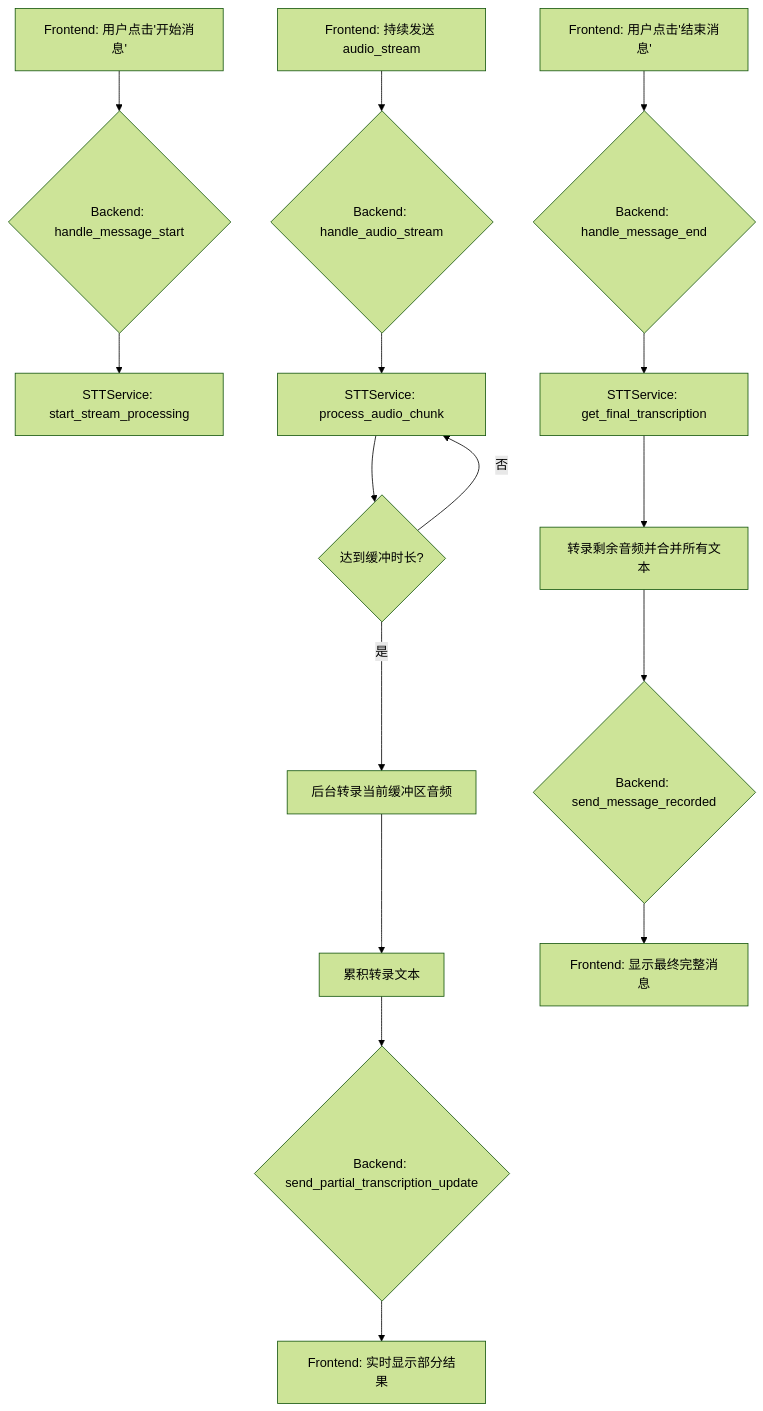
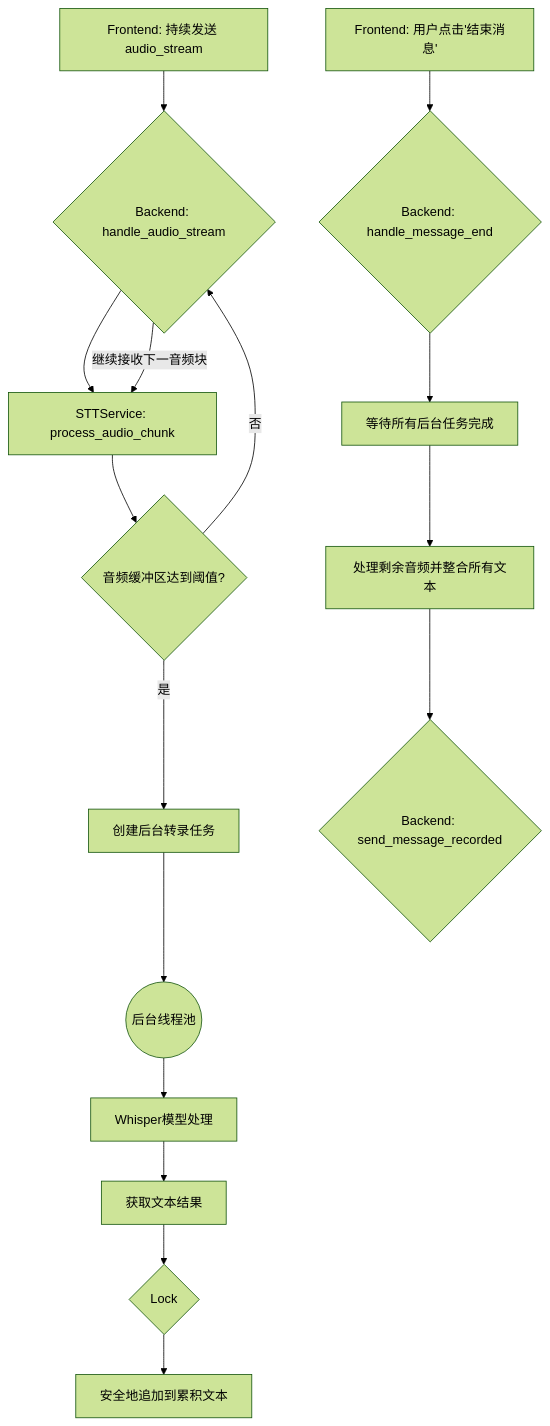
One commit to hsefz-ChenJunJie/rongchangbei changed the second of 2 diagrams in docs/backend_explanation.md. Above: the diagram before and after it, drawn with Mermaid (forest theme). The commit also changed other lines of this file, not shown here.

````diff
--- a/docs/backend_explanation.md
+++ b/docs/backend_explanation.md
@@ -98,18 +98,18 @@
 ```mermaid
 graph TD
-    A["Frontend: 用户点击'开始消息'"] --> B{"Backend: handle_message_start"};
-    B --> C["STTService: start_stream_processing"];
-    D["Frontend: 持续发送 audio_stream"] --> E{"Backend: handle_audio_stream"};
-    E --> F["STTService: process_audio_chunk"];
-    F --> G{达到缓冲时长?};
-    G -- 是 --> H["后台转录当前缓冲区音频"];
-    H --> I["累积转录文本"];
-    I --> J{"Backend: send_partial_transcription_update"};
-    J --> K["Frontend: 实时显示部分结果"];
-    G -- 否 --> F;
-    L["Frontend: 用户点击'结束消息'"] --> M{"Backend: handle_message_end"};
-    M --> N["STTService: get_final_transcription"];
-    N --> O["转录剩余音频并合并所有文本"];
-    O --> P{"Backend: send_message_recorded"};
-    P --> Q["Frontend: 显示最终完整消息"];
+    A["Frontend: 持续发送 audio_stream"] --> B{"Backend: handle_audio_stream"};
+    B --> C["STTService: process_audio_chunk"];
+    C --> D{音频缓冲区达到阈值?};
+    D -- 是 --> E[创建后台转录任务];
+    E --> F((后台线程池));
+    F --> G[Whisper模型处理];
+    G --> H[获取文本结果];
+    H --> I{Lock};
+    I --> J[安全地追加到累积文本];
+    D -- 否 --> B;
+    B -- 继续接收下一音频块 --> C;
+    K["Frontend: 用户点击'结束消息'"] --> L{"Backend: handle_message_end"};
+    L --> M["等待所有后台任务完成"];
+    M --> N["处理剩余音频并整合所有文本"];
+    N --> O{"Backend: send_message_recorded"};
 ```
````
